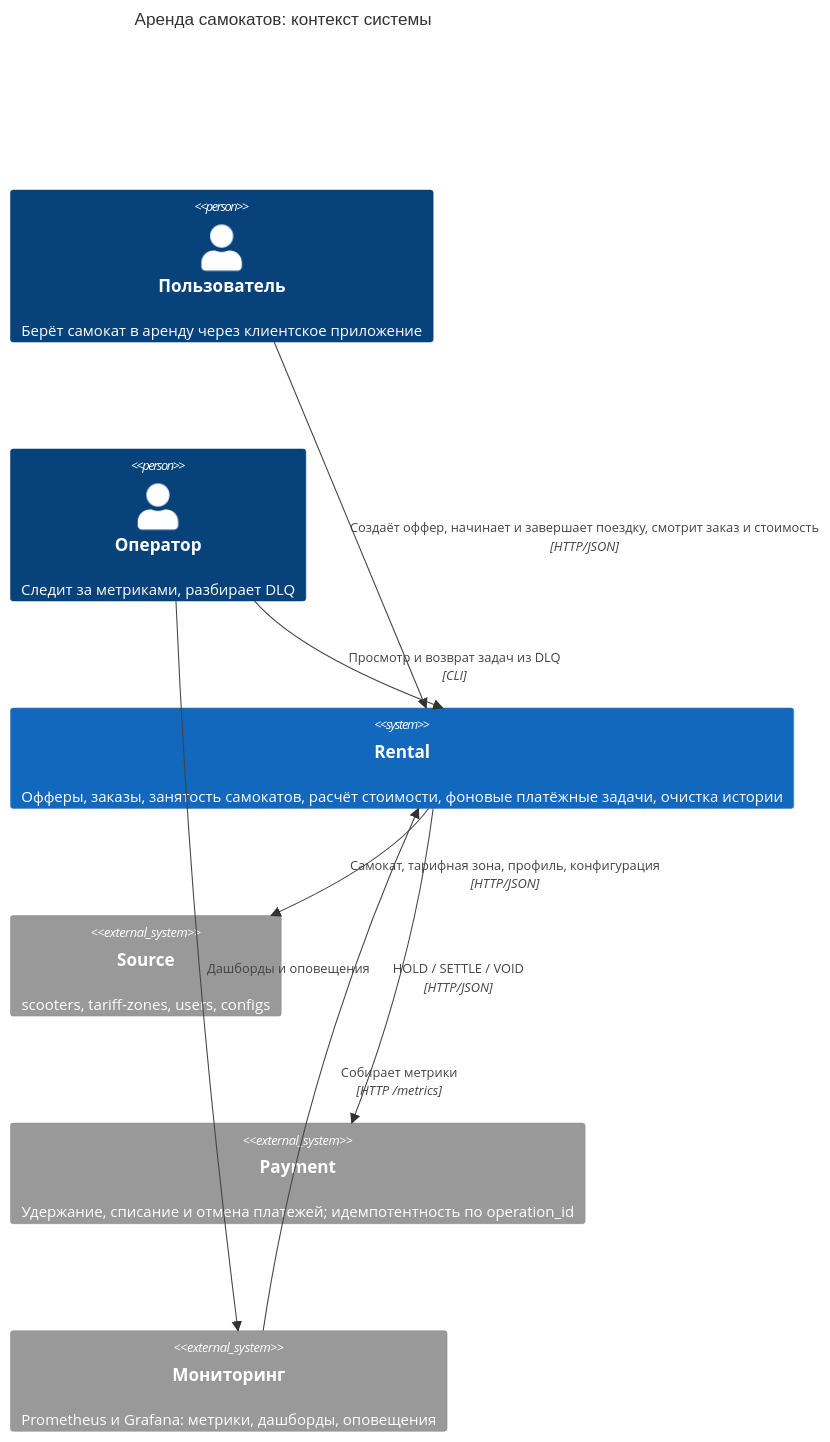
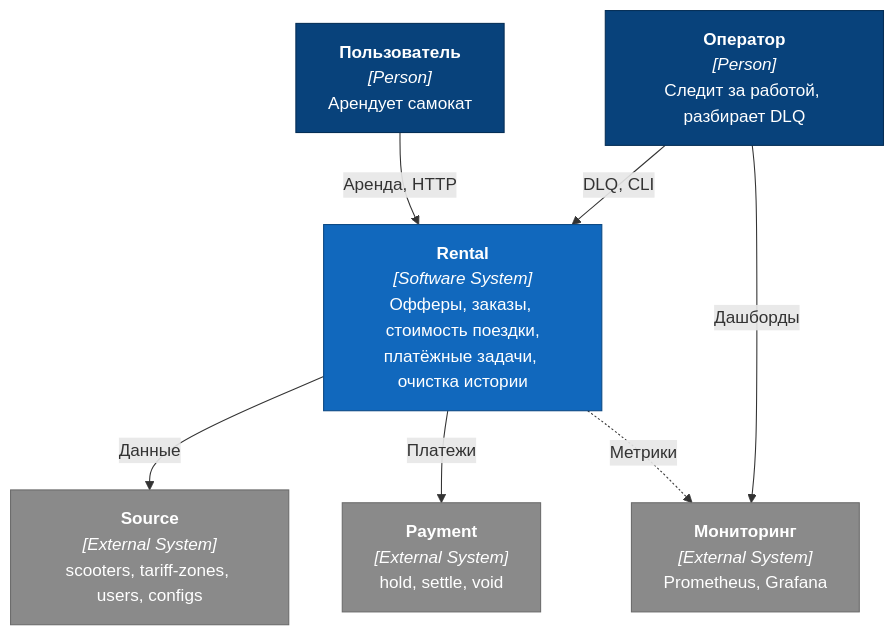
Before and after one commit to dkoptev06/sd-hw1-team4: the first of 7 diagrams in docs/C4.md, drawn with Mermaid. The commit also changed other lines of this file, not shown here.

````diff
--- a/docs/C4.md
+++ b/docs/C4.md
@@ -15,22 +17,25 @@
 ```mermaid
-C4Context
-    title Аренда самокатов: контекст системы
+flowchart TB
+    user["<b>Пользователь</b><br/><i>[Person]</i><br/>Арендует самокат"]
+    operator["<b>Оператор</b><br/><i>[Person]</i><br/>Следит за работой, разбирает DLQ"]
 
-    Person(user, "Пользователь", "Берёт самокат в аренду через клиентское приложение")
-    Person(operator, "Оператор", "Следит за метриками, разбирает DLQ")
+    rental["<b>Rental</b><br/><i>[Software System]</i><br/>Офферы, заказы, стоимость поездки,<br/>платёжные задачи, очистка истории"]
 
-    System(rental, "Rental", "Офферы, заказы, занятость самокатов, расчёт стоимости, фоновые платёжные задачи, очистка истории")
+    source["<b>Source</b><br/><i>[External System]</i><br/>scooters, tariff-zones, users, configs"]
+    payment["<b>Payment</b><br/><i>[External System]</i><br/>hold, settle, void"]
+    monitoring["<b>Мониторинг</b><br/><i>[External System]</i><br/>Prometheus, Grafana"]
 
-    System_Ext(source, "Source", "scooters, tariff-zones, users, configs")
-    System_Ext(payment, "Payment", "Удержание, списание и отмена платежей; идемпотентность по operation_id")
-    System_Ext(monitoring, "Мониторинг", "Prometheus и Grafana: метрики, дашборды, оповещения")
+    user -->|"Аренда, HTTP"| rental
+    operator -->|"DLQ, CLI"| rental
+    operator -->|"Дашборды"| monitoring
+    rental -->|"Данные"| source
+    rental -->|"Платежи"| payment
+    rental -.->|"Метрики"| monitoring
 
-    Rel(user, rental, "Создаёт оффер, начинает и завершает поездку, смотрит заказ и стоимость", "HTTP/JSON")
-    Rel(rental, source, "Самокат, тарифная зона, профиль, конфигурация", "HTTP/JSON")
-    Rel(rental, payment, "HOLD / SETTLE / VOID", "HTTP/JSON")
-    Rel(monitoring, rental, "Собирает метрики", "HTTP /metrics")
-    Rel(operator, monitoring, "Дашборды и оповещения")
-    Rel(operator, rental, "Просмотр и возврат задач из DLQ", "CLI")
-
-    UpdateLayoutConfig($c4ShapeInRow="3", $c4BoundaryInRow="1")
+    classDef person fill:#08427b,stroke:#052e56,color:#fff
+    classDef system fill:#1168bd,stroke:#0b4884,color:#fff
+    classDef ext fill:#8a8a8a,stroke:#6b6b6b,color:#fff
+    class user,operator person
+    class rental system
+    class source,payment,monitoring ext
 ```
````
